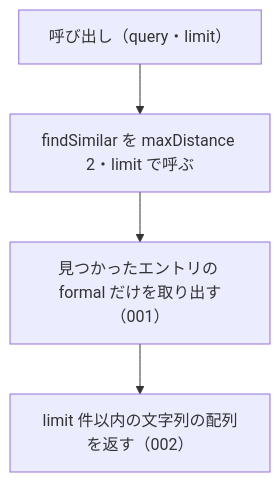
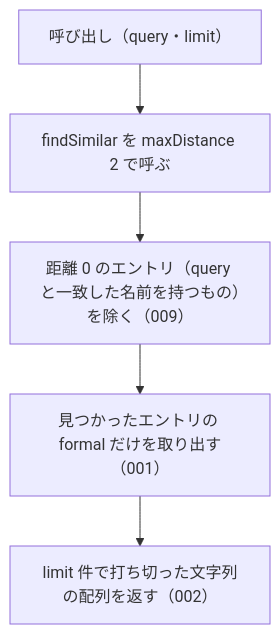
One commit to shuji-bonji/houki-abbreviations changed the diagram in specs/current/suggest_correction/spec.md. Above: the diagram before and after it, drawn with Mermaid. The commit also changed other lines of this file and 51 other files, not shown here.

````diff
--- a/specs/current/suggest_correction/spec.md
+++ b/specs/current/suggest_correction/spec.md
@@ -32,6 +32,7 @@
 ```mermaid
 flowchart TD
-  A["呼び出し（query・limit）"] --> B["findSimilar を maxDistance 2・limit で呼ぶ"]
-  B --> C["見つかったエントリの formal だけを取り出す（001）"]
-  C --> D["limit 件以内の文字列の配列を返す（002）"]
+  A["呼び出し（query・limit）"] --> B["findSimilar を maxDistance 2 で呼ぶ"]
+  B --> B2["距離 0 のエントリ（query と一致した名前を持つもの）を除く（009）"]
+  B2 --> C["見つかったエントリの formal だけを取り出す（001）"]
+  C --> D["limit 件で打ち切った文字列の配列を返す（002）"]
 ```
````
